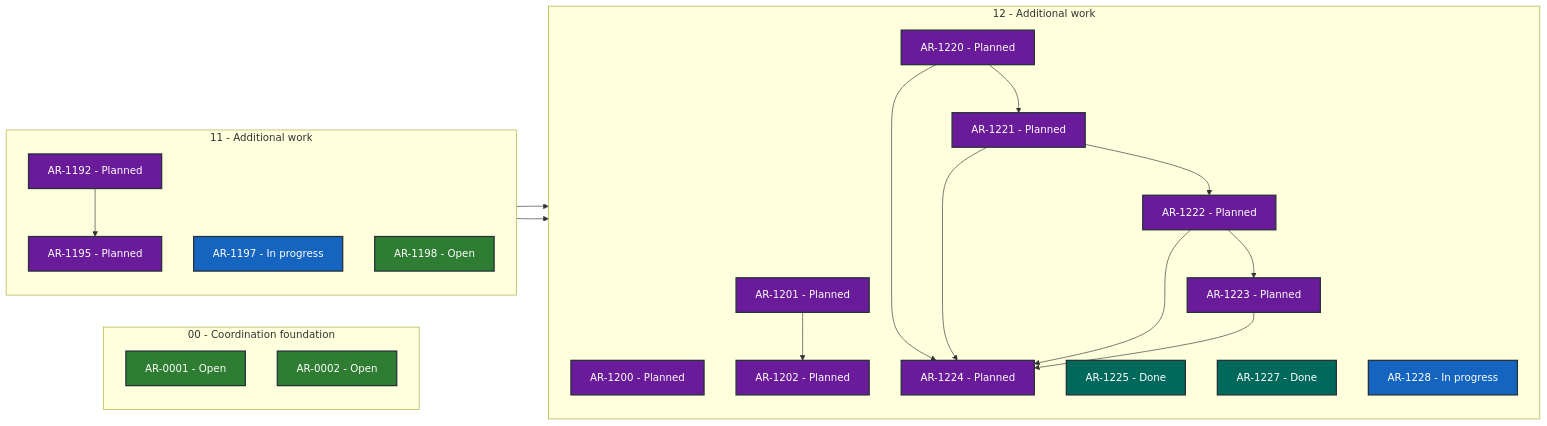
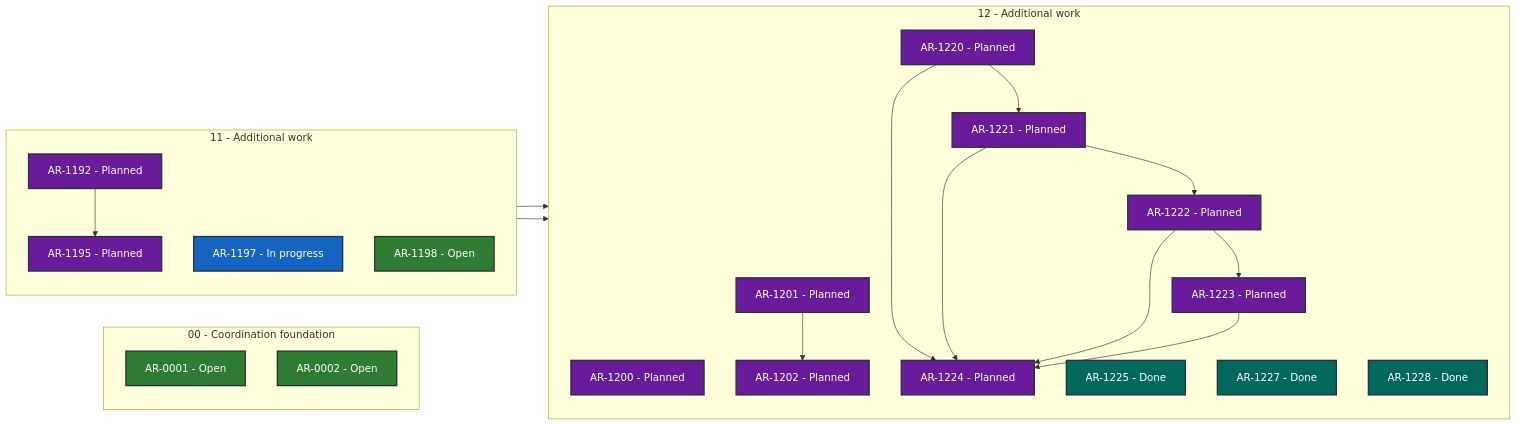
The diagram in STATUS.md (martin-beck/asb-tui-state), drawn with Mermaid before and after one commit. The commit also changed other lines of this file and 2 other files, not shown here.

````diff
--- a/STATUS.md
+++ b/STATUS.md
@@ -27,48 +27,48 @@
 ```mermaid
 flowchart LR
     subgraph series_00["00 - Coordination foundation"]
         direction TB
         AR_0001["AR-0001 - Open"]:::status_open
         AR_0002["AR-0002 - Open"]:::status_open
     end
     subgraph series_11["11 - Additional work"]
         direction TB
         AR_1192["AR-1192 - Planned"]:::status_planned
         AR_1195["AR-1195 - Planned"]:::status_planned
         AR_1197["AR-1197 - In progress"]:::status_in_progress
         AR_1198["AR-1198 - Open"]:::status_open
     end
     subgraph series_12["12 - Additional work"]
         direction TB
         AR_1200["AR-1200 - Planned"]:::status_planned
         AR_1201["AR-1201 - Planned"]:::status_planned
         AR_1202["AR-1202 - Planned"]:::status_planned
         AR_1220["AR-1220 - Planned"]:::status_planned
         AR_1221["AR-1221 - Planned"]:::status_planned
         AR_1222["AR-1222 - Planned"]:::status_planned
         AR_1223["AR-1223 - Planned"]:::status_planned
         AR_1224["AR-1224 - Planned"]:::status_planned
         AR_1225["AR-1225 - Done"]:::status_done
         AR_1227["AR-1227 - Done"]:::status_done
-        AR_1228["AR-1228 - In progress"]:::status_in_progress
+        AR_1228["AR-1228 - Done"]:::status_done
     end
     AR_1192 --> AR_1195
     AR_1195 --> AR_1200
     AR_1197 --> AR_1201
     AR_1201 --> AR_1202
     AR_1220 --> AR_1221
     AR_1220 --> AR_1224
     AR_1221 --> AR_1222
     AR_1221 --> AR_1224
     AR_1222 --> AR_1223
     AR_1222 --> AR_1224
     AR_1223 --> AR_1224
     classDef status_in_progress fill:#1565c0,color:#ffffff,stroke:#263238,stroke-width:2px
     classDef status_open fill:#2e7d32,color:#ffffff,stroke:#263238,stroke-width:2px
     classDef status_blocked fill:#c62828,color:#ffffff,stroke:#263238,stroke-width:2px
     classDef status_planned fill:#6a1b9a,color:#ffffff,stroke:#263238,stroke-width:2px
     classDef status_future fill:#455a64,color:#ffffff,stroke:#263238,stroke-width:2px
     classDef status_done fill:#00695c,color:#ffffff,stroke:#263238,stroke-width:2px
     classDef status_cancelled fill:#616161,color:#ffffff,stroke:#263238,stroke-width:2px
     classDef status_superseded fill:#5d4037,color:#ffffff,stroke:#263238,stroke-width:2px
 ```
````
